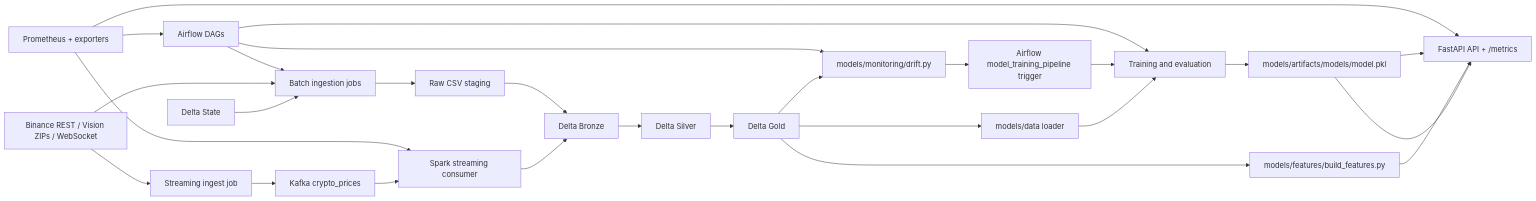
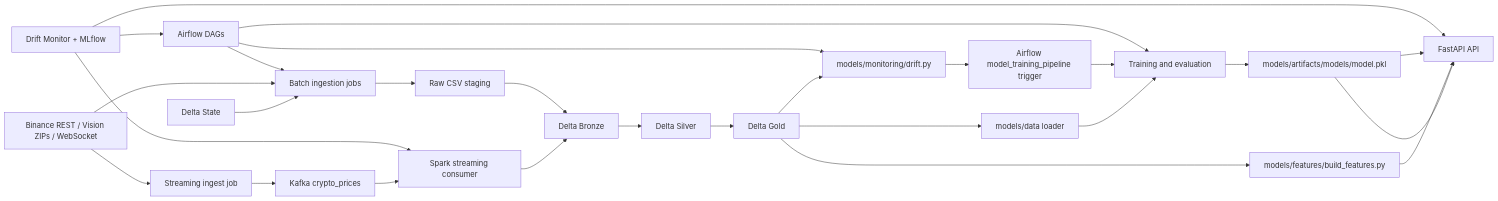
Before and after one commit to lakshaykun/CryptoQuant: the diagram in docs/architecture.md, drawn with Mermaid. The commit also changed other lines of this file and 47 other files, not shown here.

````diff
--- a/docs/architecture.md
+++ b/docs/architecture.md
@@ -7,36 +7,36 @@
 ```mermaid
 flowchart LR
     Binance[Binance REST / Vision ZIPs / WebSocket]
     Airflow[Airflow DAGs]
     BatchJobs[Batch ingestion jobs]
     StreamJob[Streaming ingest job]
     Kafka[Kafka crypto_prices]
     SparkStream[Spark streaming consumer]
     RawStage[Raw CSV staging]
     Bronze[Delta Bronze]
     Silver[Delta Silver]
     Gold[Delta Gold]
     State[Delta State]
     ModelData[models/data loader]
     Train[Training and evaluation]
     ModelArtifact[models/artifacts/models/model.pkl]
     FeatureBuild[models/features/build_features.py]
-    API[FastAPI API + /metrics]
-    Monitoring[Prometheus + exporters]
+    API[FastAPI API]
+    Monitoring[Drift Monitor + MLflow]
     Drift[models/monitoring/drift.py]
     Retrain[Airflow model_training_pipeline trigger]
 
     Airflow --> BatchJobs
     Airflow --> Train
     Airflow --> Drift --> Retrain --> Train
     Monitoring --> API
     Monitoring --> SparkStream
     Monitoring --> Airflow
 
     Binance --> BatchJobs --> RawStage --> Bronze --> Silver --> Gold --> ModelData --> Train --> ModelArtifact --> API
     Binance --> StreamJob --> Kafka --> SparkStream --> Bronze
     Gold --> FeatureBuild --> API
     State --> BatchJobs
     Gold --> Drift
     ModelArtifact --> API
 ```
````
